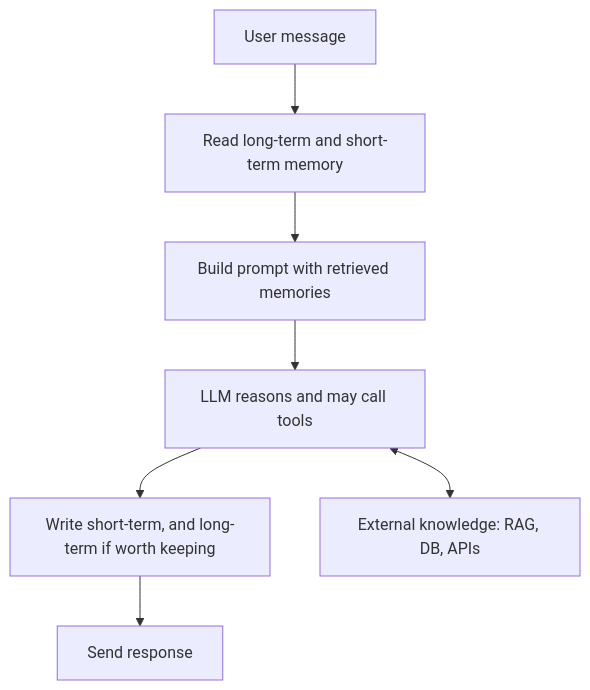
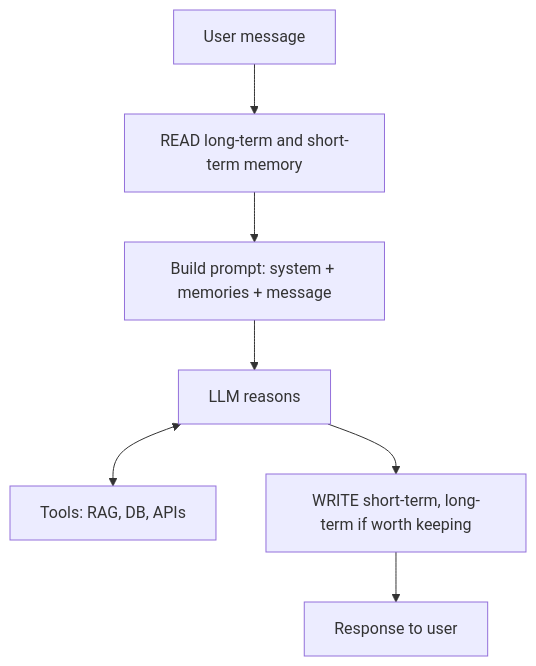
One commit to kaisarnajar/outcome-school-blogs changed the second of 2 diagrams in notes/step-10-ai-agents-and-agentic-systems/125-ai-agent-memory.md. Above: the diagram before and after it, drawn with Mermaid. The commit also changed other lines of this file and 233 other files, not shown here.

````diff
--- a/notes/step-10-ai-agents-and-agentic-systems/125-ai-agent-memory.md
+++ b/notes/step-10-ai-agents-and-agentic-systems/125-ai-agent-memory.md
@@ -56,9 +60,9 @@
 ```mermaid
 flowchart TD
-    U["User message"] --> R["Read long-term and short-term memory"]
-    R --> B["Build prompt with retrieved memories"]
-    B --> L["LLM reasons and may call tools"]
-    L --> W["Write short-term, and long-term if worth keeping"]
-    W --> S["Send response"]
-    L <--> K["External knowledge: RAG, DB, APIs"]
+    U["User message"] --> R["READ long-term and short-term memory"]
+    R --> B["Build prompt: system + memories + message"]
+    B --> L["LLM reasons"]
+    L <--> X["Tools: RAG, DB, APIs"]
+    L --> W["WRITE short-term, long-term if worth keeping"]
+    W --> O["Response to user"]
 ```
````
